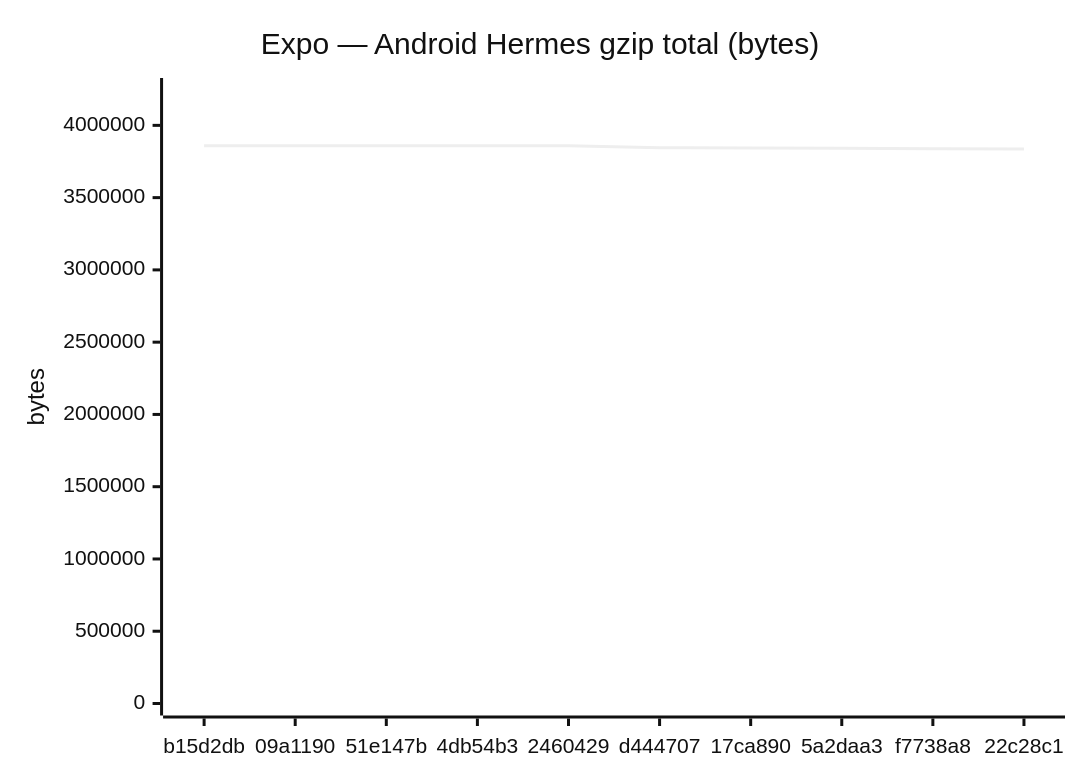
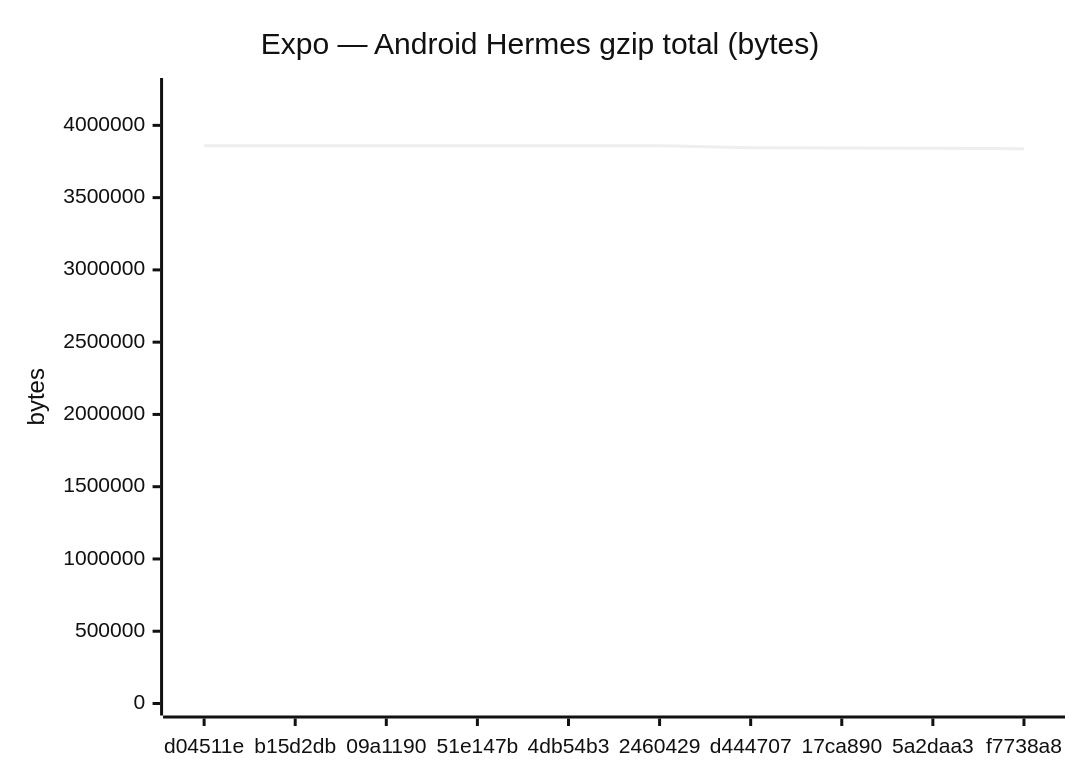
The fifth of 18 diagrams in benchmarks/compare.md (Metaheurist/Rianell), drawn with Mermaid (neutral theme) before and after one commit. The commit also changed other lines of this file and 11 other files, not shown here.

````diff
--- a/benchmarks/compare.md
+++ b/benchmarks/compare.md
@@ -89,7 +89,7 @@
 ```mermaid
 xychart-beta
     title "Expo — Android Hermes gzip total (bytes)"
-    x-axis ["b15d2db", "09a1190", "51e147b", "4db54b3", "2460429", "d444707", "17ca890", "5a2daa3", "f7738a8", "22c28c1"]
+    x-axis ["d04511e", "b15d2db", "09a1190", "51e147b", "4db54b3", "2460429", "d444707", "17ca890", "5a2daa3", "f7738a8"]
     y-axis "bytes" 0 --> 4244641
-    line [3858195, 3858763, 3858763, 3858762, 3858764, 3845905, 3843474, 3841087, 3837618, 3836645]
+    line [3858192, 3858195, 3858763, 3858763, 3858762, 3858764, 3845905, 3843474, 3841087, 3837618]
 ```
````
